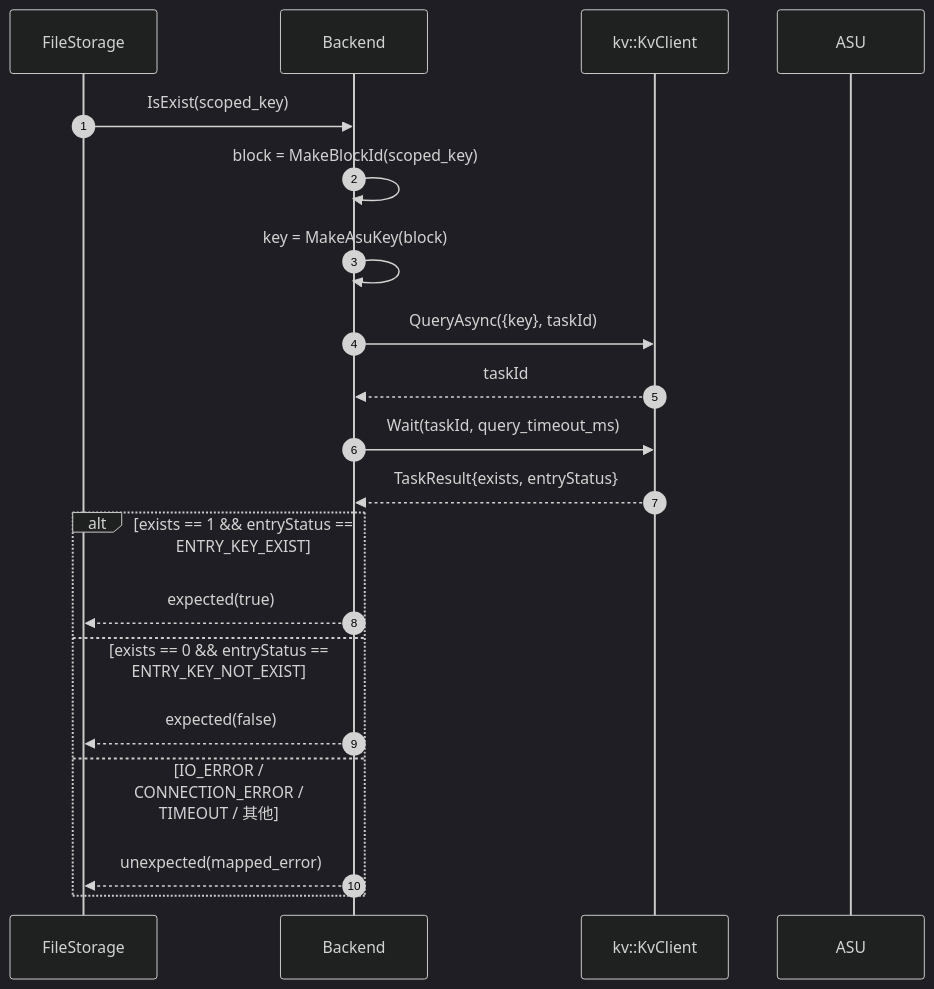
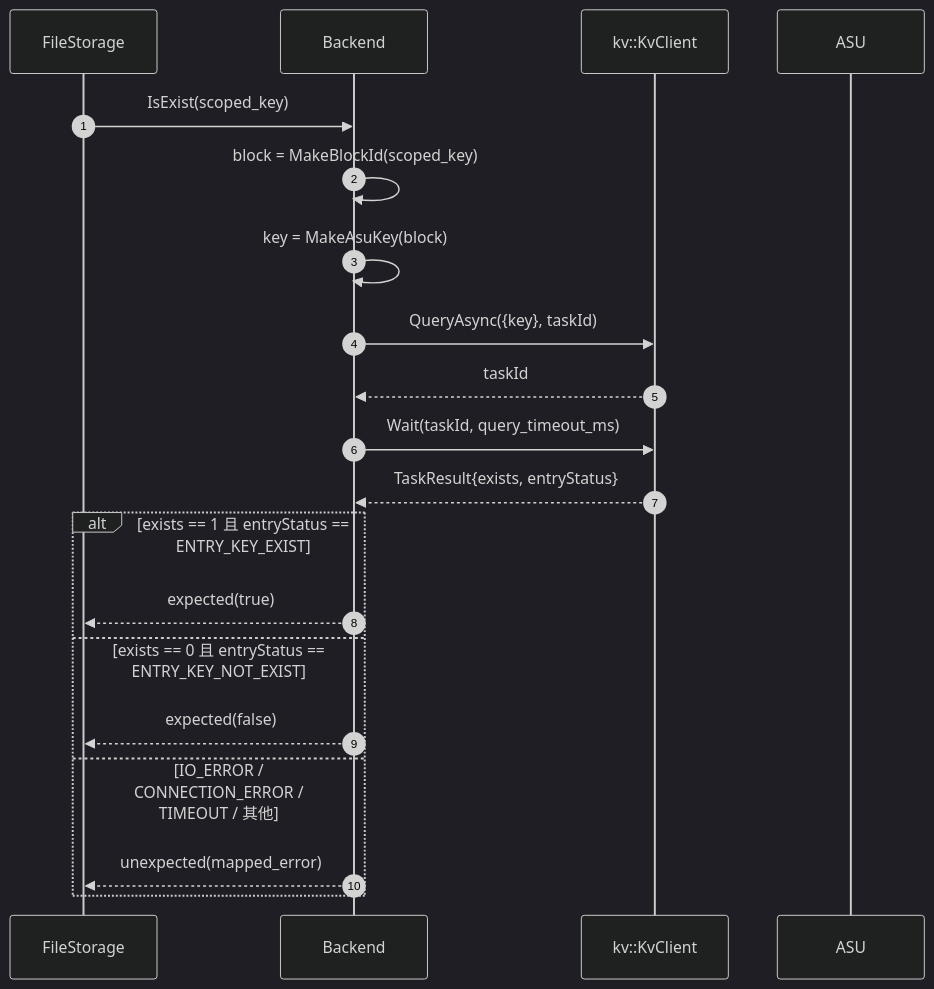
The eighth of 15 diagrams in kv-client-storage-backend-review.md (zwj20000328-dotcom/Mooncake-documents), drawn with Mermaid (dark theme) before and after one commit. The commit also changed other lines of this file and 1 other file, not shown here.

````diff
--- a/kv-client-storage-backend-review.md
+++ b/kv-client-storage-backend-review.md
@@ -382,23 +382,23 @@
 ```mermaid
 sequenceDiagram
     autonumber
     participant FS as FileStorage
     participant BE as Backend
     participant KC as kv::KvClient
     participant ASU as ASU
 
     FS->>BE: IsExist(scoped_key)
     BE->>BE: block = MakeBlockId(scoped_key)
     BE->>BE: key = MakeAsuKey(block)
     BE->>KC: QueryAsync({key}, taskId)
     KC-->>BE: taskId
     BE->>KC: Wait(taskId, query_timeout_ms)
     KC-->>BE: TaskResult{exists, entryStatus}
-    alt exists == 1 && entryStatus == ENTRY_KEY_EXIST
+    alt exists == 1 且 entryStatus == ENTRY_KEY_EXIST
         BE-->>FS: expected(true)
-    else exists == 0 && entryStatus == ENTRY_KEY_NOT_EXIST
+    else exists == 0 且 entryStatus == ENTRY_KEY_NOT_EXIST
         BE-->>FS: expected(false)
     else IO_ERROR / CONNECTION_ERROR / TIMEOUT / 其他
         BE-->>FS: unexpected(mapped_error)
     end
 ```
````
